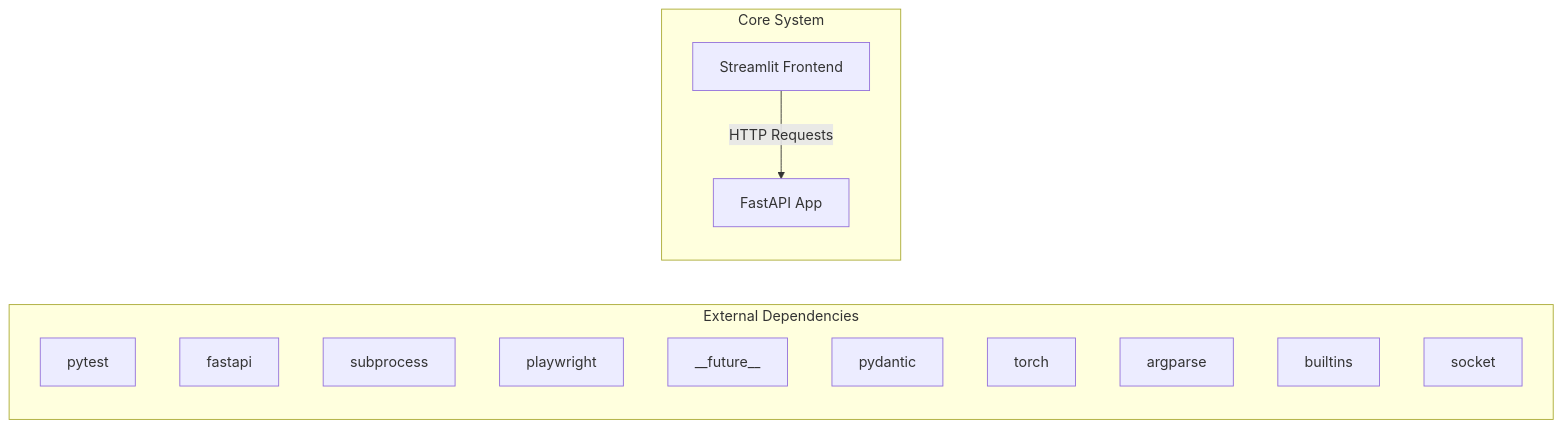
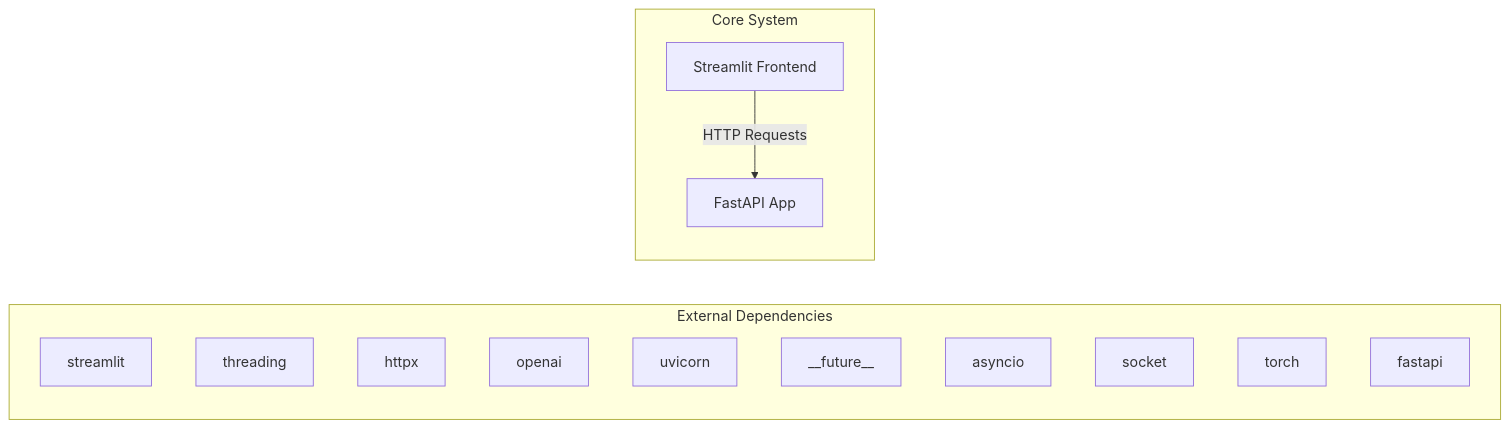
Before and after one commit to NITISH-R-G/rag-context-optimizer: the first of 2 diagrams in docs/architecture.md, drawn with Mermaid. The commit also changed 1 other file, not shown here.

Commit message:
docs: auto-update repository knowledge, architecture diagrams, and documentation

````diff
--- a/docs/architecture.md
+++ b/docs/architecture.md
@@ -7,20 +7,20 @@
 ```mermaid
 graph LR
     subgraph External Dependencies
-        E0["pytest"]
-        E1["fastapi"]
-        E2["subprocess"]
-        E3["playwright"]
-        E4["__future__"]
-        E5["pydantic"]
-        E6["torch"]
-        E7["argparse"]
-        E8["builtins"]
-        E9["socket"]
+        E0["streamlit"]
+        E1["threading"]
+        E2["httpx"]
+        E3["openai"]
+        E4["uvicorn"]
+        E5["__future__"]
+        E6["asyncio"]
+        E7["socket"]
+        E8["torch"]
+        E9["fastapi"]
     end
     subgraph Core System
         API["FastAPI App"]
         UI["Streamlit Frontend"]
     end
     UI -->|HTTP Requests| API
 ```
````
